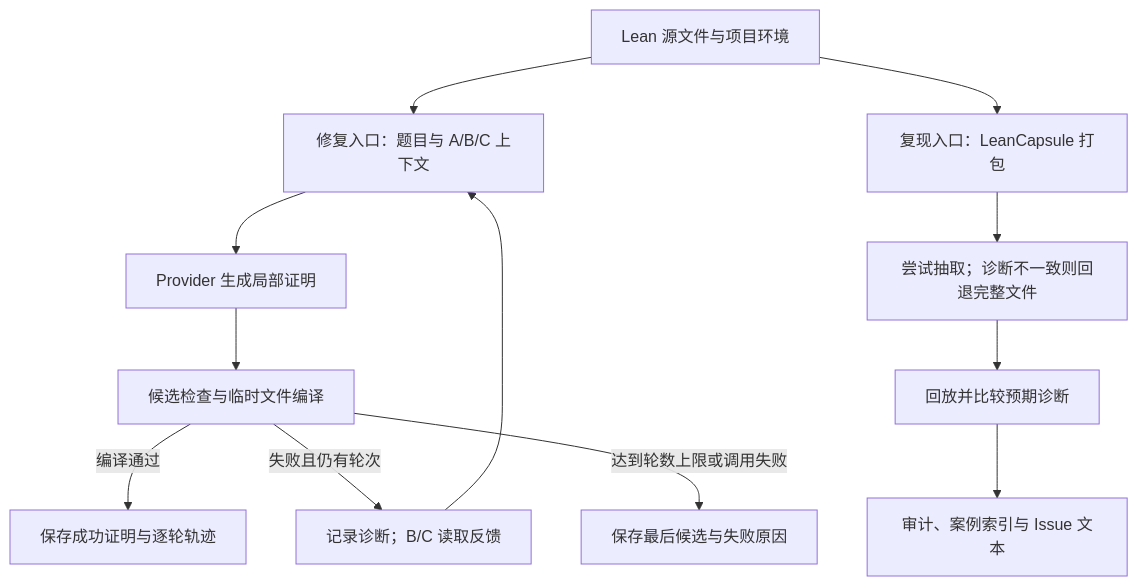
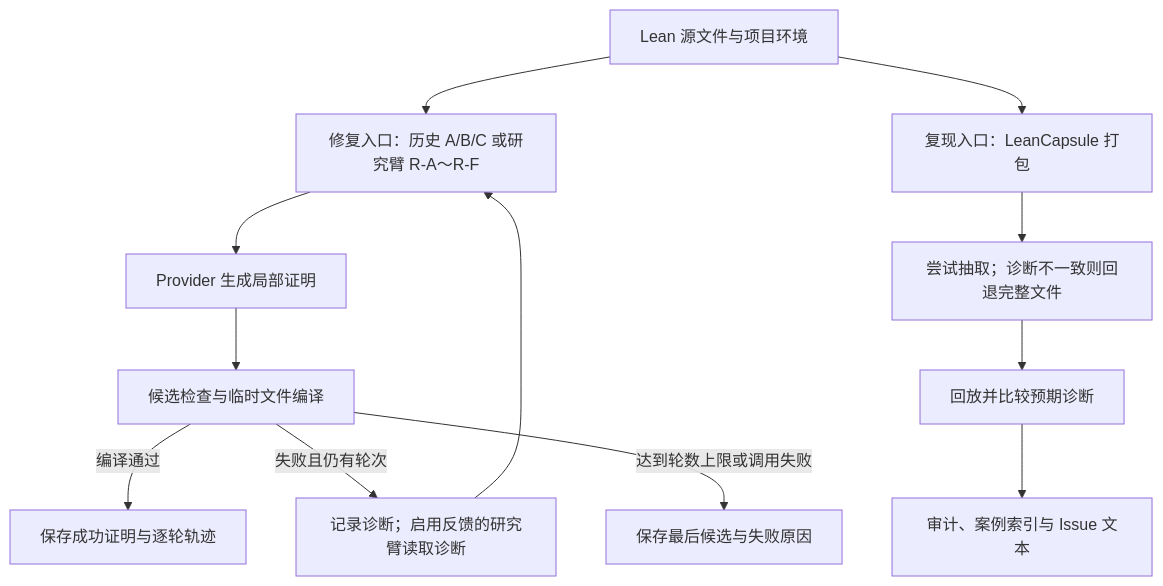
Before and after one commit to runqi-allen-wang/TRACER-Typed-Repair-Agent-with-Compiler-validated-Example-Retrieval: the diagram in README.zh-CN.md, drawn with Mermaid. The commit also changed other lines of this file and 2 other files, not shown here.

````diff
--- a/README.zh-CN.md
+++ b/README.zh-CN.md
@@ -58,14 +76,14 @@
 ```mermaid
 flowchart TD
-    S["Lean 源文件与项目环境"] --> A["修复入口：题目与 A/B/C 上下文"]
+    S["Lean 源文件与项目环境"] --> A["修复入口：历史 A/B/C 或研究臂 R-A～R-F"]
     A --> P["Provider 生成局部证明"]
     P --> V["候选检查与临时文件编译"]
     V -->|"编译通过"| O["保存成功证明与逐轮轨迹"]
-    V -->|"失败且仍有轮次"| F["记录诊断；B/C 读取反馈"]
+    V -->|"失败且仍有轮次"| F["记录诊断；启用反馈的研究臂读取诊断"]
     F --> A
     V -->|"达到轮数上限或调用失败"| E["保存最后候选与失败原因"]
     S --> K["复现入口：LeanCapsule 打包"]
     K --> X["尝试抽取；诊断不一致则回退完整文件"]
     X --> R["回放并比较预期诊断"]
     R --> G["审计、案例索引与 Issue 文本"]
 ```
````
